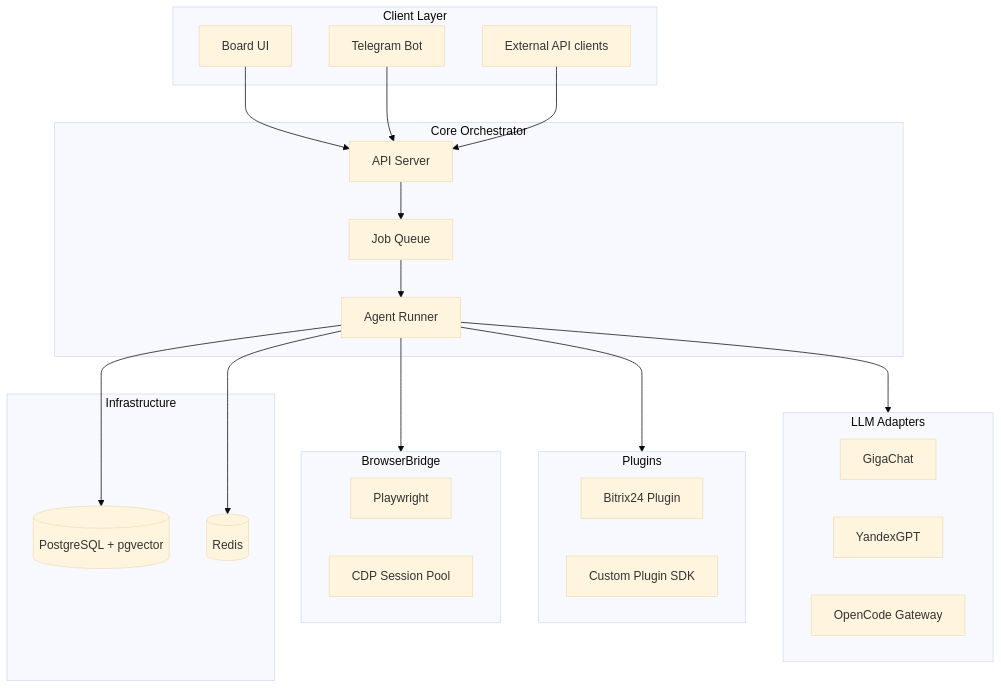
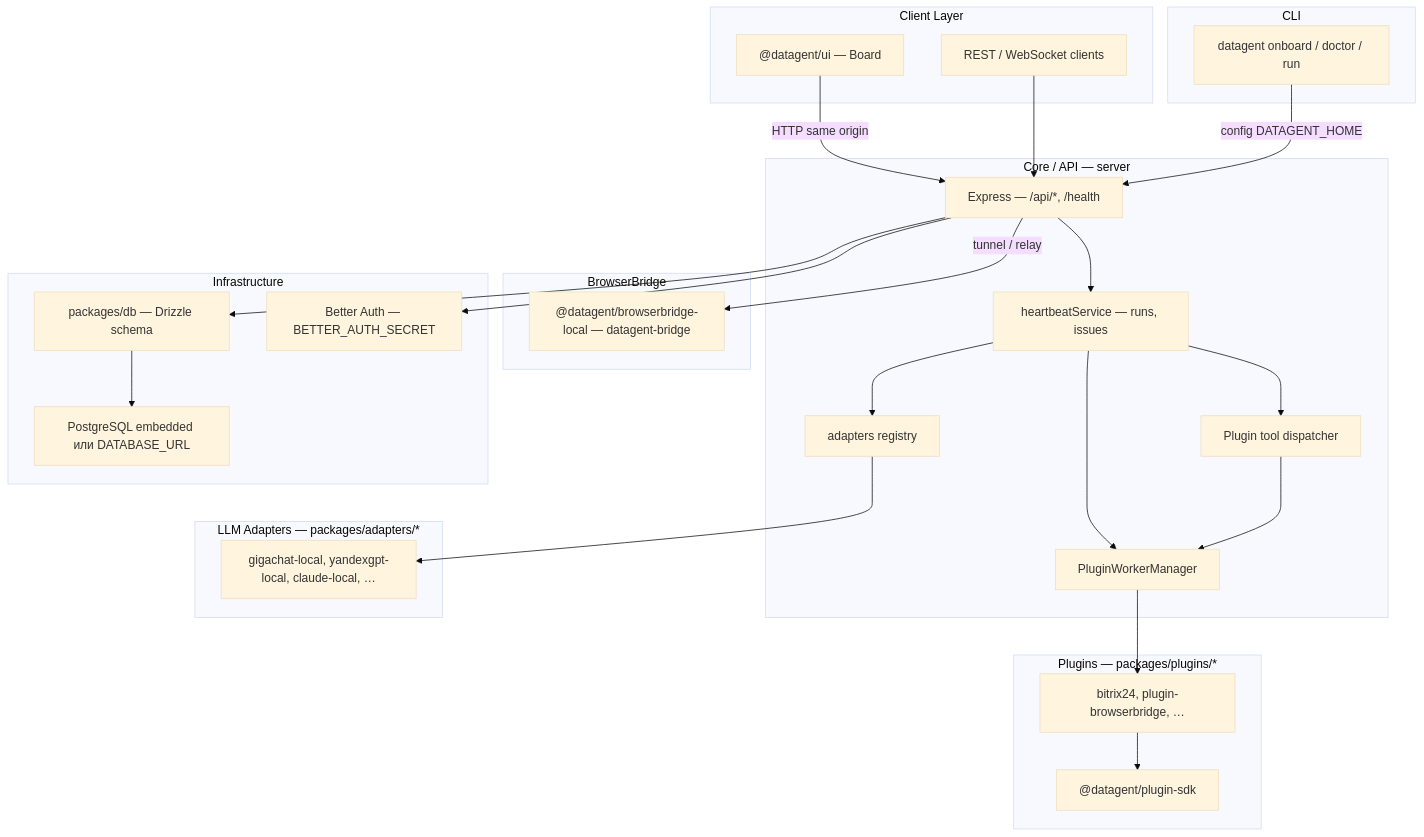
One commit to Dmitriion/datagent-docs changed the diagram in docs/concepts/agent-architecture.md. Above: the diagram before and after it, drawn with Mermaid (base theme). The commit also changed other lines of this file and 21 other files, not shown here.

````diff
--- a/docs/concepts/agent-architecture.md
+++ b/docs/concepts/agent-architecture.md
@@ -12,46 +12,54 @@
 ```mermaid
 flowchart TB
   subgraph Client["Client Layer"]
-    Board[Board UI]
-    TG[Telegram Bot]
-    Ext[External API clients]
+    UI["@datagent/ui — Board"]
+    Ext["REST / WebSocket clients"]
   end
 
-  subgraph Core["Core Orchestrator"]
-    API[API Server]
-    Runner[Agent Runner]
-    Queue[Job Queue]
+  subgraph CLI["CLI"]
+    Onboard["datagent onboard / doctor / run"]
   end
 
-  subgraph LLM["LLM Adapters"]
-    GC[GigaChat]
-    YG[YandexGPT]
-    OC[OpenCode Gateway]
+  subgraph Core["Core / API — server"]
+    API["Express — /api/*, /health"]
+    HB["heartbeatService — runs, issues"]
+    AdpReg["adapters registry"]
+    PWM["PluginWorkerManager"]
+    TD["Plugin tool dispatcher"]
   end
 
-  subgraph Plugins["Plugins"]
-    CRM[Bitrix24 Plugin]
-    Custom[Custom Plugin SDK]
+  subgraph Adapters["LLM Adapters — packages/adapters/*"]
+    Loc["gigachat-local, yandexgpt-local, claude-local, …"]
+  end
+
+  subgraph Plugins["Plugins — packages/plugins/*"]
+    SDK["@datagent/plugin-sdk"]
+    Plg["bitrix24, plugin-browserbridge, …"]
   end
 
   subgraph Bridge["BrowserBridge"]
-    PW[Playwright]
-    CDP[CDP Session Pool]
+    BB["@datagent/browserbridge-local — datagent-bridge"]
   end
 
   subgraph Infra["Infrastructure"]
-    PG[(PostgreSQL + pgvector)]
-    RD[(Redis)]
+    DB["packages/db — Drizzle schema"]
+    PG["PostgreSQL embedded или DATABASE_URL"]
+    Auth["Better Auth — BETTER_AUTH_SECRET"]
   end
 
-  Board --> API
-  TG --> API
+  UI -->|HTTP same origin| API
   Ext --> API
-  API --> Queue
-  Queue --> Runner
-  Runner --> LLM
-  Runner --> Plugins
-  Runner --> Bridge
-  Runner --> PG
-  Runner --> RD
+  Onboard -->|config DATAGENT_HOME| API
+  API --> HB
+  HB --> AdpReg
+  AdpReg --> Loc
+  HB --> PWM
+  PWM --> Plg
+  Plg --> SDK
+  HB --> TD
+  TD --> PWM
+  API -->|tunnel / relay| BB
+  API --> DB
+  DB --> PG
+  API --> Auth
 ```
````
